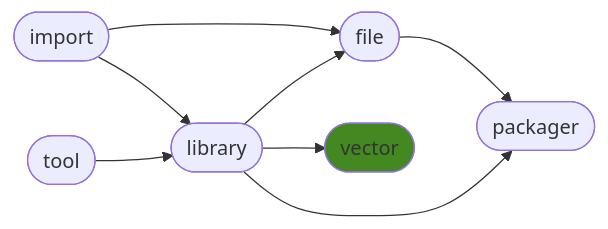
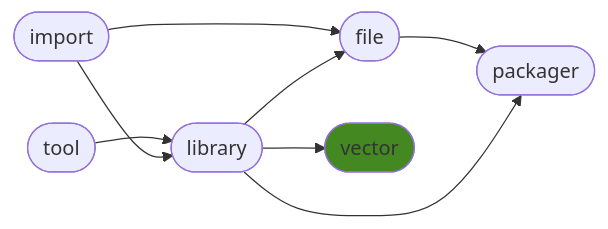
One commit to ManderaGeneral/generalvector changed the diagram in README.md. Above: the diagram before and after it, drawn with Mermaid. The commit also changed other lines of this file, not shown here.

````diff
--- a/README.md
+++ b/README.md
@@ -24,17 +24,17 @@
 ```mermaid
 flowchart LR
+1([tool]) --> 2([library])
+2([library]) --> 4([vector])
 3([file]) --> 5([packager])
 0([import]) --> 3([file])
+0([import]) --> 2([library])
+2([library]) --> 5([packager])
 2([library]) --> 3([file])
-2([library]) --> 4([vector])
-2([library]) --> 5([packager])
-1([tool]) --> 2([library])
-0([import]) --> 2([library])
 click 0 "https://github.com/ManderaGeneral/generalimport"
 click 1 "https://github.com/ManderaGeneral/generaltool"
 click 2 "https://github.com/ManderaGeneral/generallibrary"
 click 3 "https://github.com/ManderaGeneral/generalfile"
 click 4 "https://github.com/ManderaGeneral/generalvector"
 click 5 "https://github.com/ManderaGeneral/generalpackager"
 style 4 fill:#482
 ```
````
